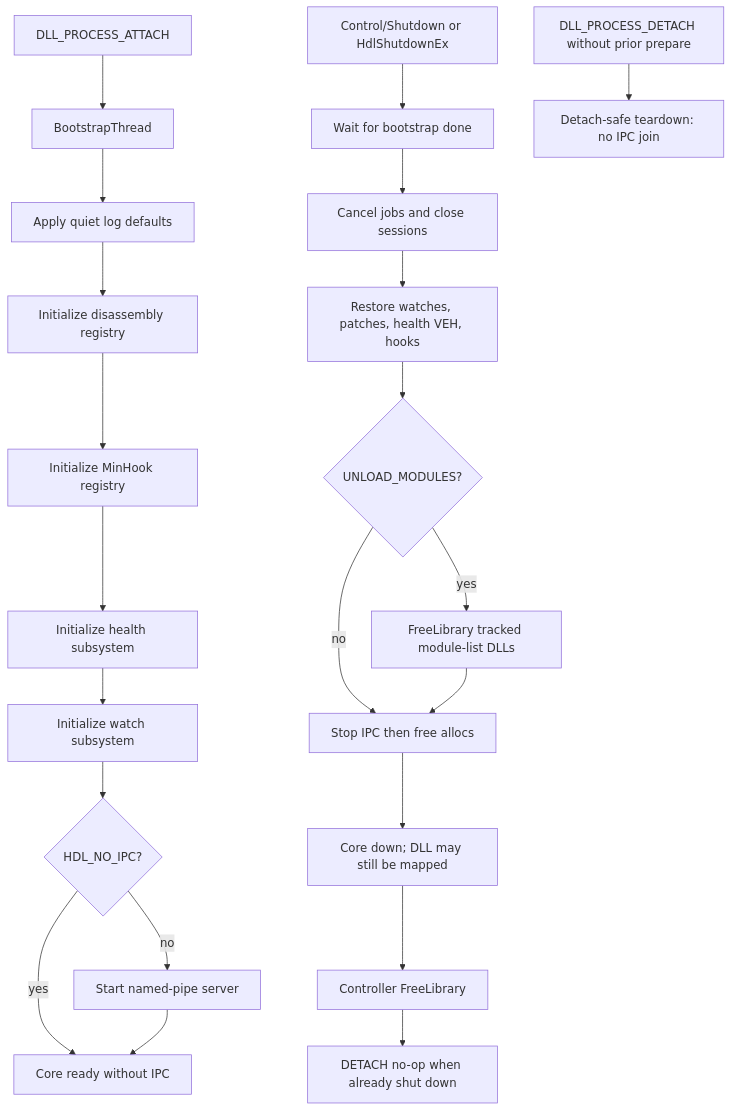
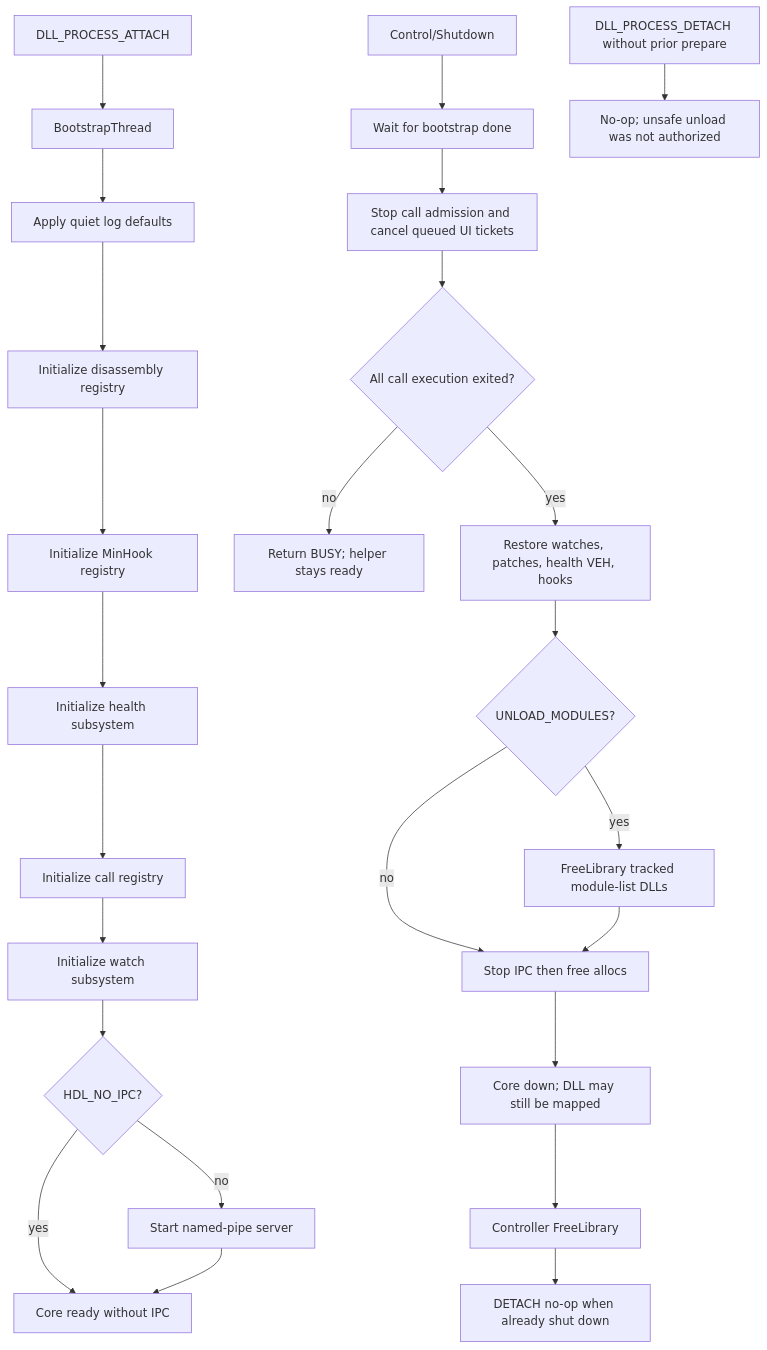
Before and after one commit to random-things/hdllib-ng: the third of 7 diagrams in docs/architecture.md, drawn with Mermaid. The commit also changed other lines of this file and 53 other files, not shown here.

First line of the commit message:
feat(call): add tracked in-process call lifecycle with orphan status and acknowledgment (#22)

````diff
--- a/docs/architecture.md
+++ b/docs/architecture.md
@@ -94,26 +93,29 @@
 ```mermaid
 flowchart TD
     Attach["DLL_PROCESS_ATTACH"] --> Bootstrap["BootstrapThread"]
     Bootstrap --> Quiet["Apply quiet log defaults"]
     Quiet --> Disasm["Initialize disassembly registry"]
     Disasm --> Hooks["Initialize MinHook registry"]
     Hooks --> Health["Initialize health subsystem"]
-    Health --> Watch["Initialize watch subsystem"]
+    Health --> Calls["Initialize call registry"]
+    Calls --> Watch["Initialize watch subsystem"]
     Watch --> NoIPC{"HDL_NO_IPC?"}
     NoIPC -- "no" --> Server["Start named-pipe server"]
     NoIPC -- "yes" --> Ready["Core ready without IPC"]
     Server --> Ready
 
-    Prepare["Control/Shutdown or HdlShutdownEx"] --> WaitBoot["Wait for bootstrap done"]
-    WaitBoot --> Jobs["Cancel jobs and close sessions"]
-    Jobs --> Restore["Restore watches, patches, health VEH, hooks"]
+    Prepare["Control/Shutdown"] --> WaitBoot["Wait for bootstrap done"]
+    WaitBoot --> StopCalls["Stop call admission and cancel queued UI tickets"]
+    StopCalls --> Quiescent{"All call execution exited?"}
+    Quiescent -- "no" --> Busy["Return BUSY; helper stays ready"]
+    Quiescent -- "yes" --> Restore["Restore watches, patches, health VEH, hooks"]
     Restore --> Modules{"UNLOAD_MODULES?"}
     Modules -- "yes" --> FreeTracked["FreeLibrary tracked module-list DLLs"]
     Modules -- "no" --> StopPipe
     FreeTracked --> StopPipe["Stop IPC then free allocs"]
     StopPipe --> Idle["Core down; DLL may still be mapped"]
 
-    Detach["DLL_PROCESS_DETACH without prior prepare"] --> DetachSafe["Detach-safe teardown: no IPC join"]
+    Detach["DLL_PROCESS_DETACH without prior prepare"] --> DetachSafe["No-op; unsafe unload was not authorized"]
     Idle --> FreeLib["Controller FreeLibrary"]
     FreeLib --> DetachNoop["DETACH no-op when already shut down"]
 ```
````
